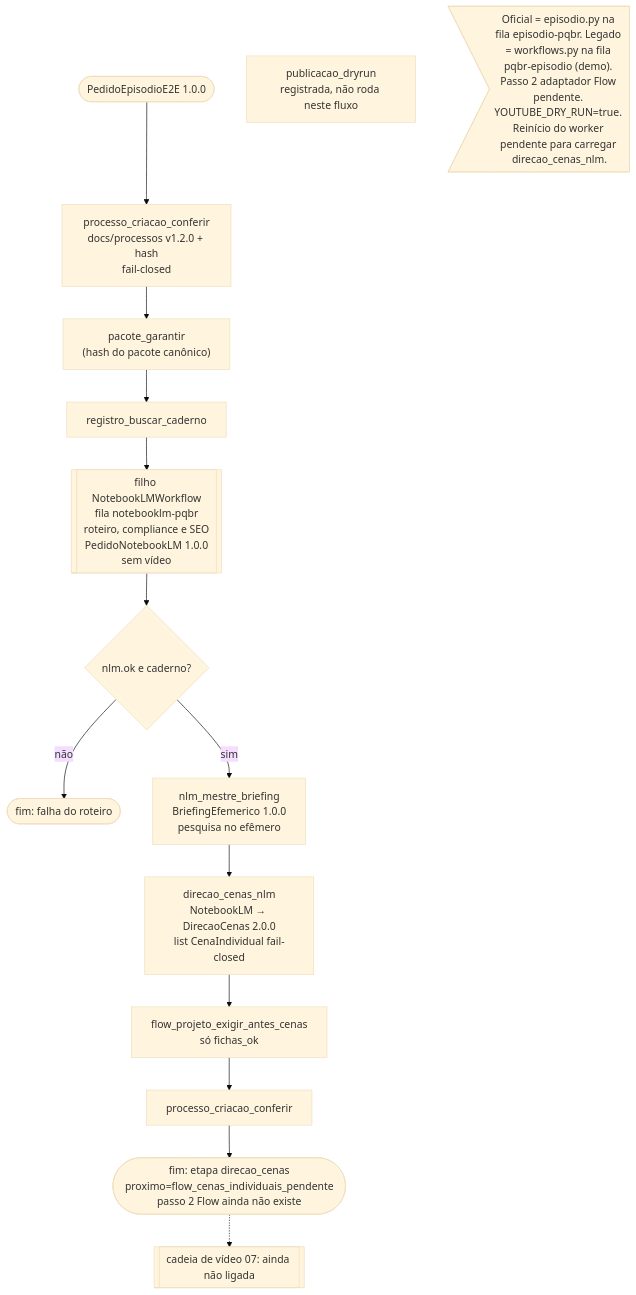
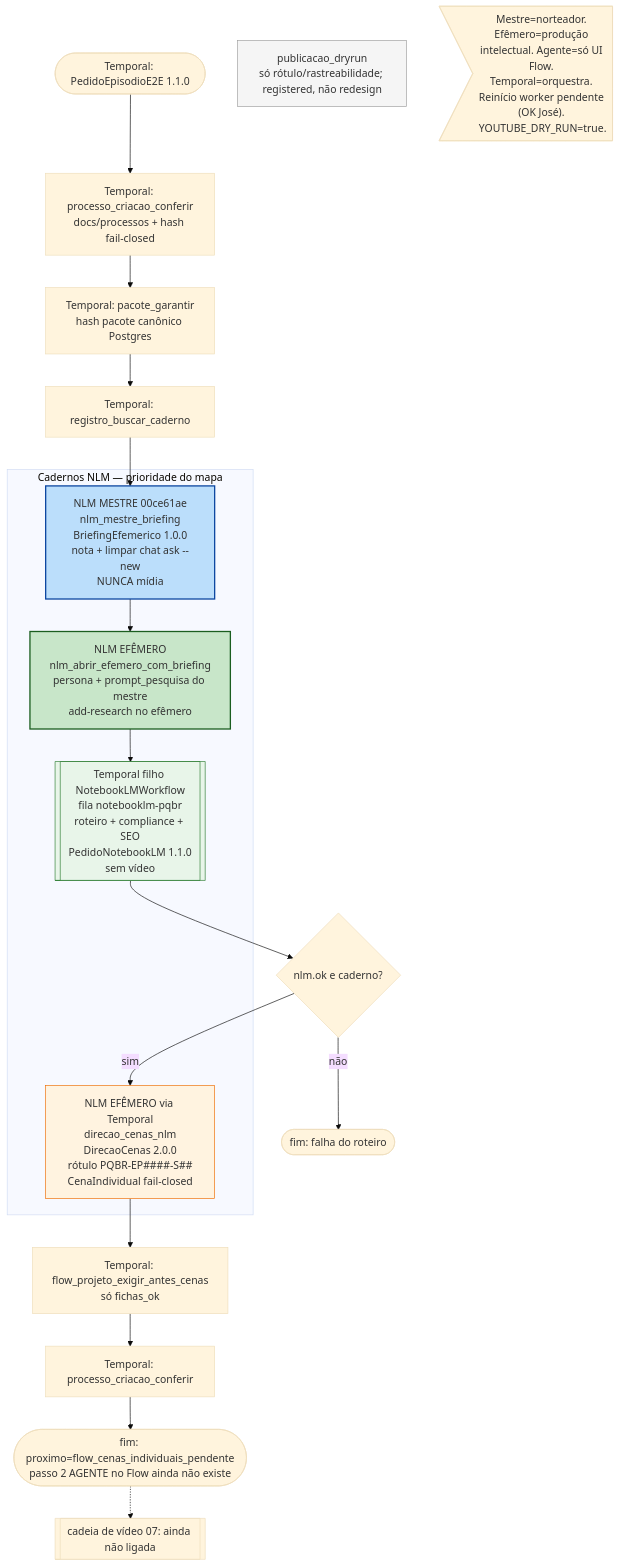
Before and after one commit to jvmendesjr/PQBR: the diagram in docs/mapa/01-episodio.mmd, drawn with Mermaid (base theme). The commit also changed 24 other files, not shown here.

First line of the commit message:
docs(t169u): mapa prioriza cadernos NLM; docs/memórias alinhados

```diff
--- a/docs/mapa/01-episodio.mmd
+++ b/docs/mapa/01-episodio.mmd
@@ -1,19 +1,34 @@
 %% EpisodioWorkflow OFICIAL (src/pqbr/workflows/episodio.py) — fila episodio-pqbr.
-%% Passo 1 direção NLM (pt161u/pt162u): direcao_cenas_nlm + flow_projeto_exigir_antes_cenas.
-%% Storyboard removido 29/10/2026. O EpisodioWorkflow em workflows.py é LEGADO (demo soak), não este.
+%% Fluxo t168u/t169u: prioridade do mapa = etapa DOS CADERNOS (mestre + efêmero).
+%% Mestre 00ce61ae norteador → BriefingEfemerico → efêmero (persona+pesquisa) → roteiro/SEO → DirecaoCenas 2.0.0.
+%% Quem: Temporal orquestra; NLM mestre=briefing (nunca mídia); NLM efêmero=produção intelectual; agente=UI Flow (passo 2 pendente).
+%% Publicação: só coerência rótulo/rastreabilidade (dry-run); sem redesign nesta rodada.
+%% Storyboard removido 29/10/2026. workflows.py EpisodioWorkflow = LEGADO.
 flowchart TD
-  S(["PedidoEpisodioE2E 1.0.0"]) --> PC["processo_criacao_conferir<br/>docs/processos v1.2.0 + hash<br/>fail-closed"]
-  PC --> A1["pacote_garantir<br/>(hash do pacote canônico)"]
-  A1 --> A2["registro_buscar_caderno"]
-  A2 --> W1[["filho NotebookLMWorkflow<br/>fila notebooklm-pqbr<br/>roteiro, compliance e SEO<br/>PedidoNotebookLM 1.0.0<br/>sem vídeo"]]
+  S(["Temporal: PedidoEpisodioE2E 1.1.0"]) --> PC["Temporal: processo_criacao_conferir<br/>docs/processos + hash fail-closed"]
+  PC --> A1["Temporal: pacote_garantir<br/>hash pacote canônico Postgres"]
+  A1 --> A2["Temporal: registro_buscar_caderno"]
+  subgraph CAD["Cadernos NLM — prioridade do mapa"]
+    BR["NLM MESTRE 00ce61ae<br/>nlm_mestre_briefing<br/>BriefingEfemerico 1.0.0<br/>nota + limpar chat ask --new<br/>NUNCA mídia"]
+    EF["NLM EFÊMERO<br/>nlm_abrir_efemero_com_briefing<br/>persona + prompt_pesquisa do mestre<br/>add-research no efêmero"]
+    W1[["Temporal filho NotebookLMWorkflow<br/>fila notebooklm-pqbr<br/>roteiro + compliance + SEO<br/>PedidoNotebookLM 1.1.0<br/>sem vídeo"]]
+    DIR["NLM EFÊMERO via Temporal<br/>direcao_cenas_nlm<br/>DirecaoCenas 2.0.0<br/>rótulo PQBR-EP####-S##<br/>CenaIndividual fail-closed"]
+  end
+  A2 --> BR
+  BR --> EF
+  EF --> W1
   W1 --> D1{"nlm.ok e caderno?"}
   D1 -- não --> F1(["fim: falha do roteiro"])
-  D1 -- sim --> BR["nlm_mestre_briefing<br/>BriefingEfemerico 1.0.0<br/>pesquisa no efêmero"]
-  BR --> DIR["direcao_cenas_nlm<br/>NotebookLM → DirecaoCenas 2.0.0<br/>list CenaIndividual fail-closed"]
-  DIR --> FP["flow_projeto_exigir_antes_cenas<br/>só fichas_ok"]
-  FP --> PC2["processo_criacao_conferir"]
-  PC2 --> FIM(["fim: etapa direcao_cenas<br/>proximo=flow_cenas_individuais_pendente<br/>passo 2 Flow ainda não existe"])
-  PUB["publicacao_dryrun<br/>registrada, não roda neste fluxo"]
-  N>"Oficial = episodio.py na fila episodio-pqbr. Legado = workflows.py na fila pqbr-episodio (demo). Passo 2 adaptador Flow pendente. YOUTUBE_DRY_RUN=true. Reinício do worker pendente para carregar direcao_cenas_nlm."]
+  D1 -- sim --> DIR
+  DIR --> FP["Temporal: flow_projeto_exigir_antes_cenas<br/>só fichas_ok"]
+  FP --> PC2["Temporal: processo_criacao_conferir"]
+  PC2 --> FIM(["fim: proximo=flow_cenas_individuais_pendente<br/>passo 2 AGENTE no Flow ainda não existe"])
+  PUB["publicacao_dryrun<br/>só rótulo/rastreabilidade; registered, não redesign"]
+  N>"Mestre=norteador. Efêmero=produção intelectual. Agente=só UI Flow. Temporal=orquestra. Reinício worker pendente (OK José). YOUTUBE_DRY_RUN=true."]
   CV[["cadeia de vídeo 07: ainda não ligada"]]
   FIM -.-> CV
+  style BR fill:#bbdefb,stroke:#0d47a1,stroke-width:2px
+  style EF fill:#c8e6c9,stroke:#1b5e20,stroke-width:2px
+  style W1 fill:#e8f5e9,stroke:#2e7d32
+  style DIR fill:#fff3e0,stroke:#ef6c00
+  style PUB fill:#f5f5f5,stroke:#9e9e9e
```
